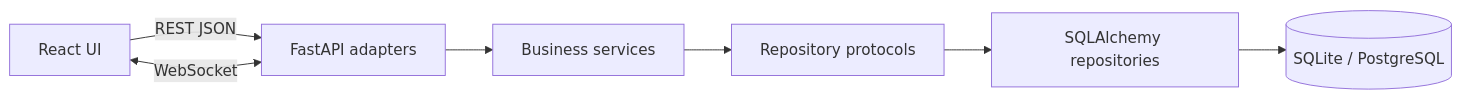
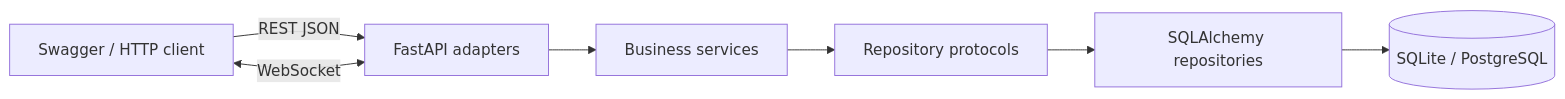
One commit to vietlhwork-arch/VinFast-Digital-Showroom changed the diagram in docs/architecture_diagram.md. Above: the diagram before and after it, drawn with Mermaid. The commit also changed 628 other files, not shown here.

````diff
--- a/docs/architecture_diagram.md
+++ b/docs/architecture_diagram.md
@@ -5,9 +5,9 @@
 ```mermaid
 flowchart LR
-    UI[React UI] -->|REST JSON| API[FastAPI adapters]
-    UI <-->|WebSocket| API
+    Client[Swagger / HTTP client] -->|REST JSON| API[FastAPI adapters]
+    Client <-->|WebSocket| API
     API --> SVC[Business services]
     SVC --> PORT[Repository protocols]
     PORT --> REPO[SQLAlchemy repositories]
     REPO --> DB[(SQLite / PostgreSQL)]
 ```
````
